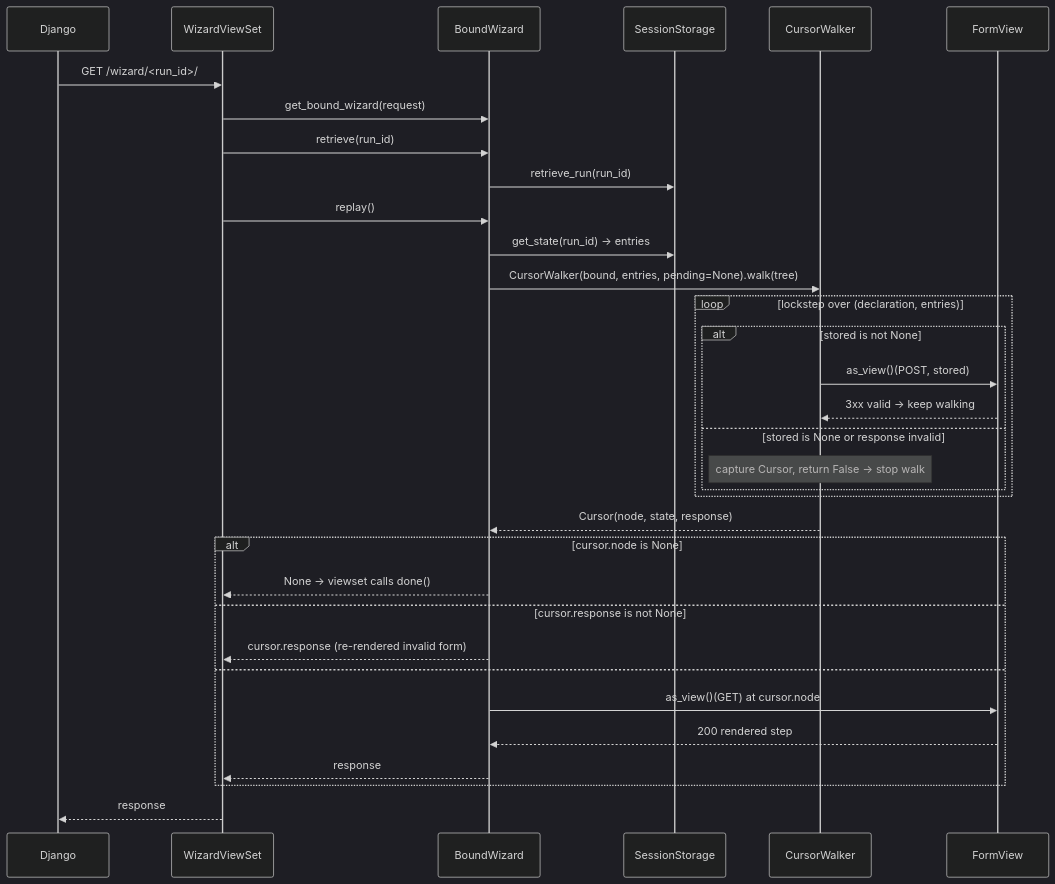
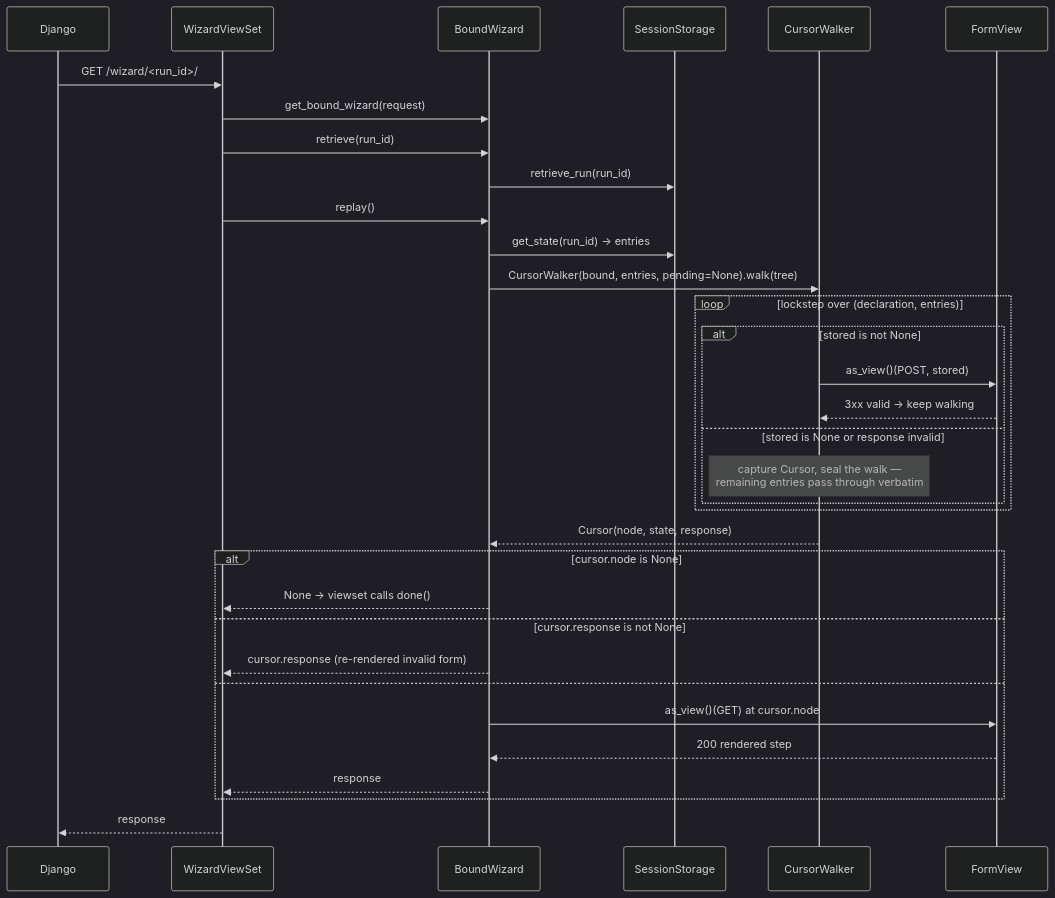
One commit to kevincarrogan/django-gandalf changed the third of 4 diagrams in ARCHITECTURE.md. Above: the diagram before and after it, drawn with Mermaid (dark theme). The commit also changed other lines of this file and 2 other files, not shown here.

````diff
--- a/ARCHITECTURE.md
+++ b/ARCHITECTURE.md
@@ -115,36 +115,36 @@
 ```mermaid
 sequenceDiagram
     participant Django
     participant WVS as WizardViewSet
     participant BW as BoundWizard
     participant SS as SessionStorage
     participant CWK as CursorWalker
     participant FV as FormView
 
     Django->>WVS: GET /wizard/<run_id>/
     WVS->>BW: get_bound_wizard(request)
     WVS->>BW: retrieve(run_id)
     BW->>SS: retrieve_run(run_id)
     WVS->>BW: replay()
     BW->>SS: get_state(run_id) → entries
     BW->>CWK: CursorWalker(bound, entries, pending=None).walk(tree)
     loop lockstep over (declaration, entries)
         alt stored is not None
             CWK->>FV: as_view()(POST, stored)
             FV-->>CWK: 3xx valid → keep walking
         else stored is None or response invalid
-            Note over CWK: capture Cursor, return False → stop walk
+            Note over CWK: capture Cursor, seal the walk —<br/>remaining entries pass through verbatim
         end
     end
     CWK-->>BW: Cursor(node, state, response)
     alt cursor.node is None
         BW-->>WVS: None → viewset calls done()
     else cursor.response is not None
         BW-->>WVS: cursor.response (re-rendered invalid form)
     else
         BW->>FV: as_view()(GET) at cursor.node
         FV-->>BW: 200 rendered step
         BW-->>WVS: response
     end
     WVS-->>Django: response
 ```
````
